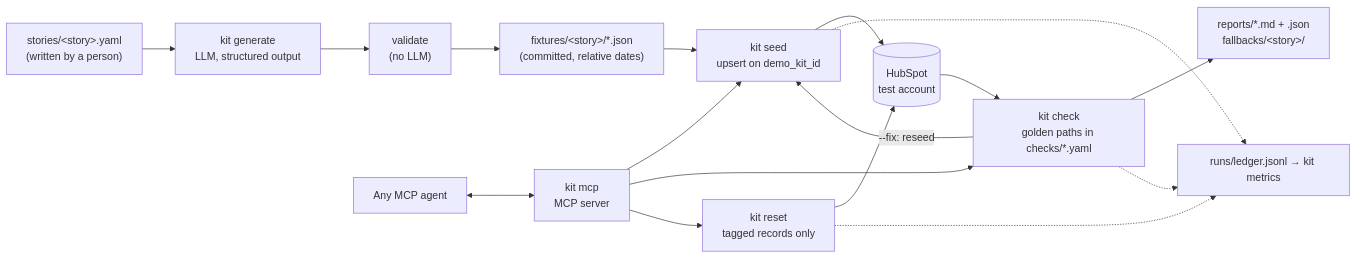
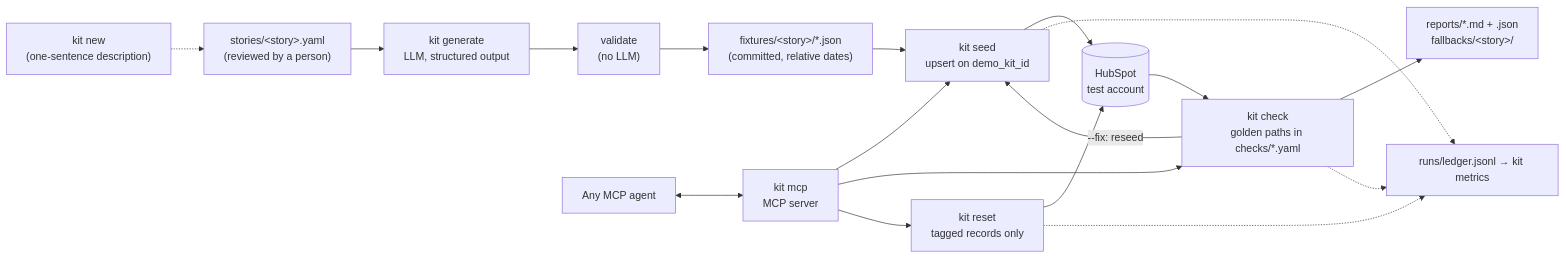
One commit to evan-100/demo-environment-kit changed the diagram in docs/architecture.md. Above: the diagram before and after it, drawn with Mermaid. The commit also changed other lines of this file and 13 other files, not shown here.

First line of the commit message:
feat: kit new drafts a story from a description; stories can reuse a background

````diff
--- a/docs/architecture.md
+++ b/docs/architecture.md
@@ -3,23 +3,25 @@
 ```mermaid
 flowchart LR
-    story["stories/&lt;story&gt;.yaml<br/>(written by a person)"]
+    ask["kit new<br/>(one-sentence description)"]
+    story["stories/&lt;story&gt;.yaml<br/>(reviewed by a person)"]
     gen["kit generate<br/>LLM, structured output"]
     val["validate<br/>(no LLM)"]
     fix["fixtures/&lt;story&gt;/*.json<br/>(committed, relative dates)"]
     seed["kit seed<br/>upsert on demo_kit_id"]
     hs[("HubSpot<br/>test account")]
     check["kit check<br/>golden paths in checks/*.yaml"]
     report["reports/*.md + .json<br/>fallbacks/&lt;story&gt;/"]
     reset["kit reset<br/>tagged records only"]
     mcp["kit mcp<br/>MCP server"]
     agent["Any MCP agent"]
     ledger["runs/ledger.jsonl → kit metrics"]
 
+    ask -.-> story
     story --> gen --> val --> fix --> seed --> hs
     hs --> check --> report
     check -- "--fix: reseed" --> seed
     reset --> hs
     agent <--> mcp
     mcp --> seed & check & reset
     seed & check & reset -.-> ledger
 ```
````
